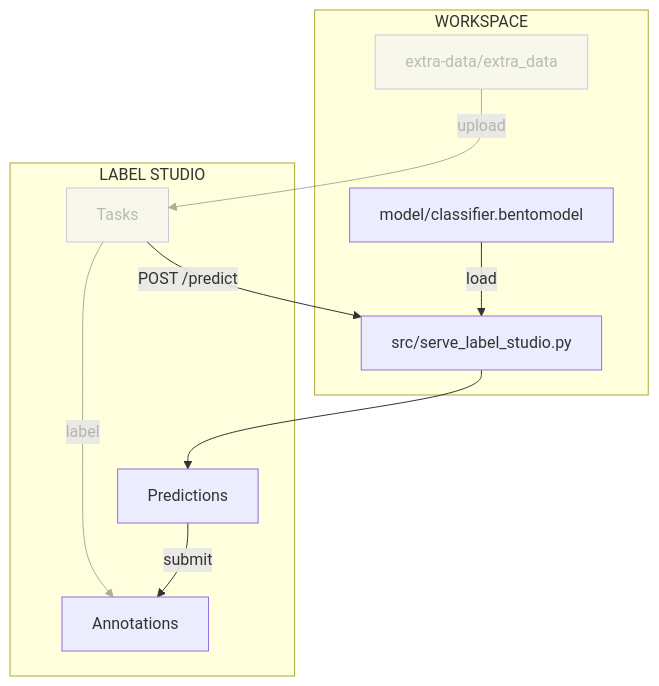
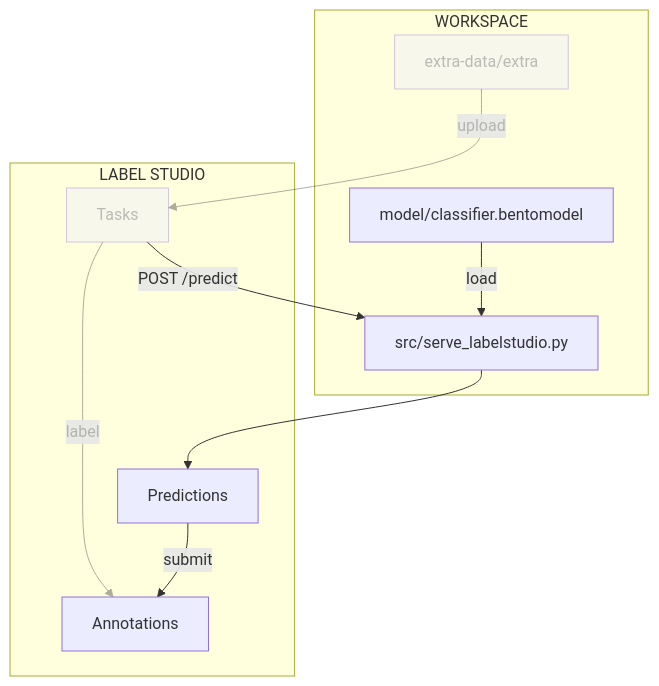
One commit to swiss-ai-center/a-guide-to-mlops changed the diagram in docs/part-5-label-data-and-retrain/chapter-53-link-the-model-to-label-studio.md. Above: the diagram before and after it, drawn with Mermaid. The commit also changed other lines of this file and 21 other files, not shown here.

````diff
--- a/docs/part-5-label-data-and-retrain/chapter-53-link-the-model-to-label-studio.md
+++ b/docs/part-5-label-data-and-retrain/chapter-53-link-the-model-to-label-studio.md
@@ -14,26 +14,26 @@
 ```mermaid
 flowchart TB
-    extra_data -->|upload| labelStudioTasks
+    extra -->|upload| labelStudioTasks
     labelStudioTasks -->|label| labelStudioAnnotations
     bento_model -->|load| fastapi
     labelStudioTasks -->|POST /predict| fastapi
     fastapi --> labelStudioPredictions
     labelStudioPredictions -->|submit| labelStudioAnnotations
 
     subgraph workspaceGraph[WORKSPACE]
-        extra_data[extra-data/extra_data]
+        extra[extra-data/extra]
         bento_model[model/classifier.bentomodel]
-        fastapi[src/serve_label_studio.py]
+        fastapi[src/serve_labelstudio.py]
     end
 
     subgraph labelStudioGraph[LABEL STUDIO]
         labelStudioTasks[Tasks]
         labelStudioAnnotations[Annotations]
         labelStudioPredictions[Predictions]
     end
 
-    style extra_data opacity:0.4,color:#7f7f7f80
+    style extra opacity:0.4,color:#7f7f7f80
     style labelStudioTasks opacity:0.4,color:#7f7f7f80
     linkStyle 0 opacity:0.4,color:#7f7f7f80
     linkStyle 1 opacity:0.4,color:#7f7f7f80
 ```
````
